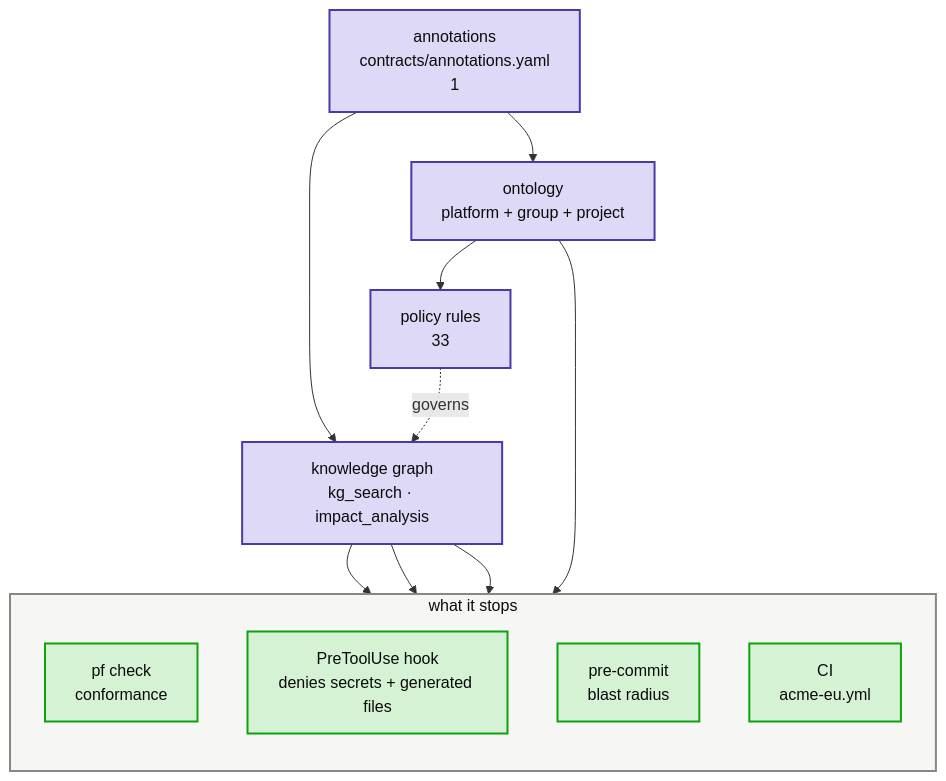
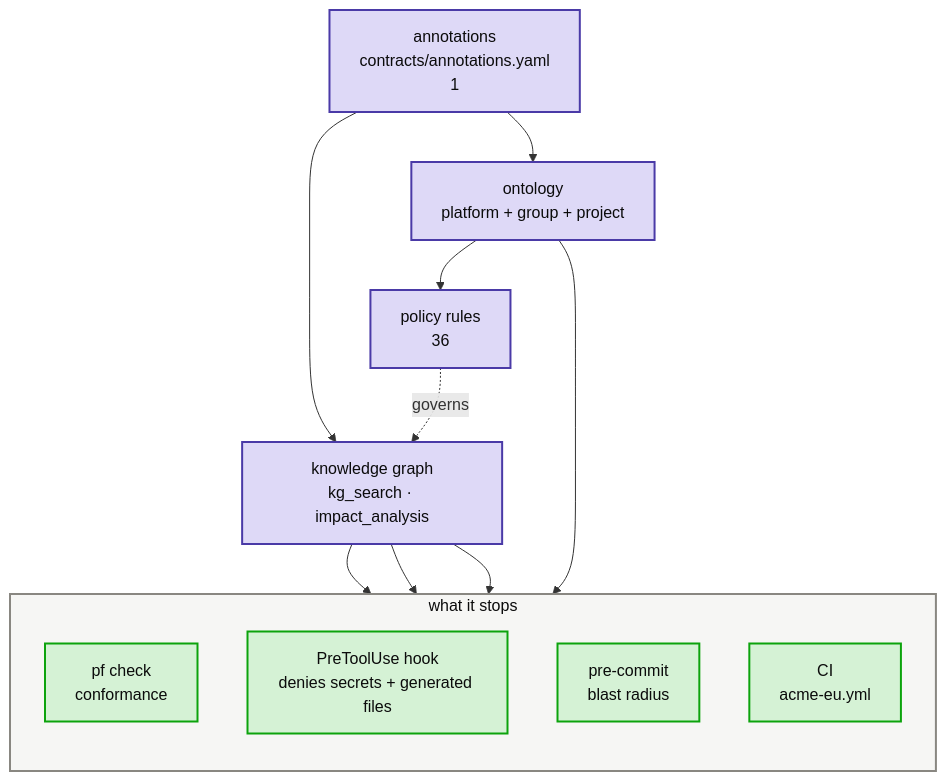
One commit to Atomz-org/data-platform changed the third of 3 diagrams in groups/acme/projects/acme-eu/kg/architecture.md. Above: the diagram before and after it, drawn with Mermaid. The commit also changed other lines of this file and 10 other files, not shown here.

First line of the commit message:
arch: the three aidf policy rules on every project map

````diff
--- a/groups/acme/projects/acme-eu/kg/architecture.md
+++ b/groups/acme/projects/acme-eu/kg/architecture.md
@@ -68,26 +68,26 @@
 ```mermaid
 flowchart TB
     A["annotations<br/>contracts/annotations.yaml<br/>1"]:::platform
     O["ontology<br/>platform + group + project"]:::platform
-    P["policy rules<br/>33"]:::platform
+    P["policy rules<br/>36"]:::platform
     K["knowledge graph<br/>kg_search · impact_analysis"]:::platform
     subgraph LG["what it stops"]
         direction TB
         E1["pf check<br/>conformance"]:::good
         E2["PreToolUse hook<br/>denies secrets + generated files"]:::good
         E3["pre-commit<br/>blast radius"]:::good
         E4["CI<br/>acme-eu.yml"]:::good
     end
     A --> O --> P
     A --> K
     P -.governs.-> K
     K --> E2
     K --> E3
     K --> E4
     O --> E1
     classDef platform fill:#ded9f7,stroke:#4a3aa7,stroke-width:2px,color:#0b0b0b
     classDef good fill:#d5f2d5,stroke:#0ca30c,stroke-width:2px,color:#0b0b0b
     classDef neutral fill:#e8e7e2,stroke:#898781,stroke-width:2px,color:#0b0b0b
     classDef lane fill:#f6f6f4,stroke:#898781,stroke-width:2px,color:#0b0b0b
     class LG lane
 ```
````
